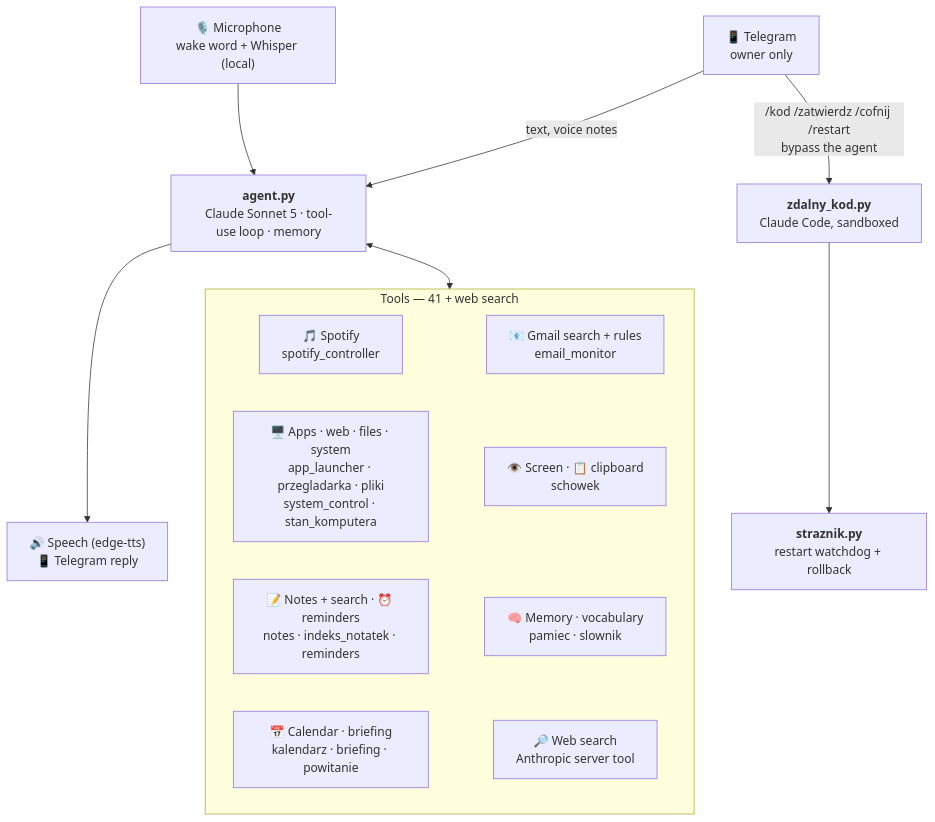
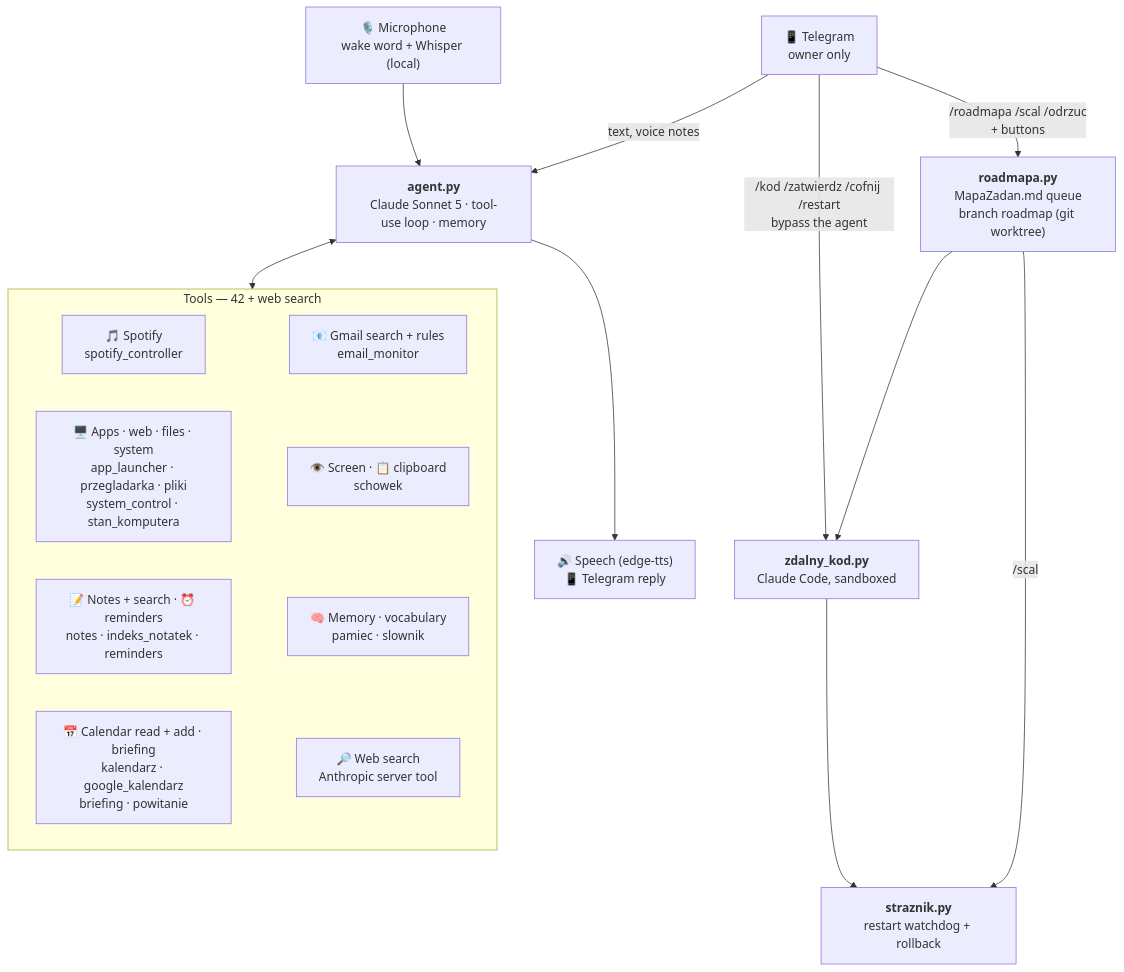
One commit to klosuj3bator/Jarvis-voice-assistant changed the diagram in README.md. Above: the diagram before and after it, drawn with Mermaid. The commit also changed other lines of this file and 32 other files, not shown here.

First line of the commit message:
Klucze API bez kreatora, Kalendarz Google API, powitanie po starcie i tryb roadmapy

````diff
--- a/README.md
+++ b/README.md
@@ -24,18 +27,21 @@
 ```mermaid
 flowchart TD
     MIC["🎙️ Microphone<br/>wake word + Whisper (local)"] --> AG
     TG["📱 Telegram<br/>owner only"] -- "text, voice notes" --> AG
     AG["<b>agent.py</b><br/>Claude Sonnet 5 · tool-use loop · memory"]
     AG --> OUT["🔊 Speech (edge-tts)<br/>📱 Telegram reply"]
     AG <--> TOOLS
 
-    subgraph TOOLS ["Tools — 41 + web search"]
+    subgraph TOOLS ["Tools — 42 + web search"]
         T1["🎵 Spotify<br/>spotify_controller"] ~~~ T5["📧 Gmail search + rules<br/>email_monitor"]
         T2["🖥️ Apps · web · files · system<br/>app_launcher · przegladarka · pliki<br/>system_control · stan_komputera"] ~~~ T6["👁️ Screen · 📋 clipboard<br/>schowek"]
         T3["📝 Notes + search · ⏰ reminders<br/>notes · indeks_notatek · reminders"] ~~~ T7["🧠 Memory · vocabulary<br/>pamiec · slownik"]
-        T4["📅 Calendar · briefing<br/>kalendarz · briefing · powitanie"] ~~~ T8["🔎 Web search<br/>Anthropic server tool"]
+        T4["📅 Calendar read + add · briefing<br/>kalendarz · google_kalendarz<br/>briefing · powitanie"] ~~~ T8["🔎 Web search<br/>Anthropic server tool"]
     end
 
     TG -- "/kod /zatwierdz /cofnij /restart<br/>bypass the agent" --> RC["<b>zdalny_kod.py</b><br/>Claude Code, sandboxed"]
     RC --> WD["<b>straznik.py</b><br/>restart watchdog + rollback"]
+    TG -- "/roadmapa /scal /odrzuc<br/>+ buttons" --> RM["<b>roadmapa.py</b><br/>MapaZadan.md queue<br/>branch roadmap (git worktree)"]
+    RM --> RC
+    RM -- "/scal" --> WD
 ```
````
